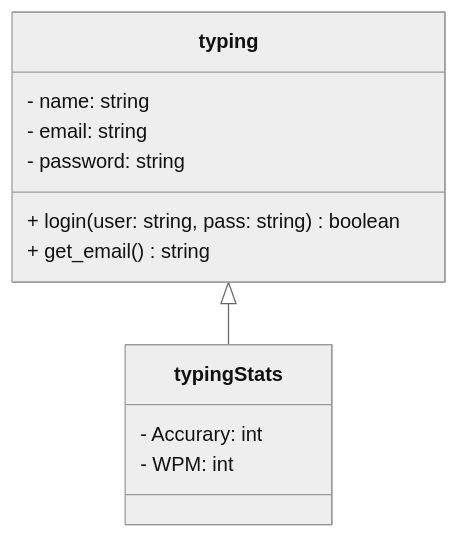
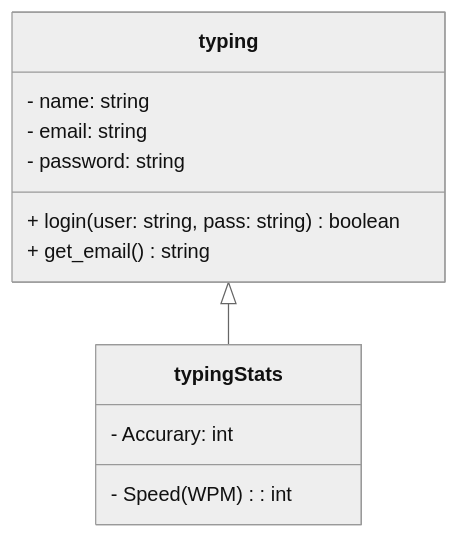
Before and after one commit to Davictory2003/tippitytappity-design: the diagram in README.md, drawn with Mermaid (neutral theme).

Commit message:
Update typingStats property name for clarity

````diff
--- a/README.md
+++ b/README.md
@@ -8,15 +8,15 @@
 ```mermaid
 classDiagram
   typing <|-- typingStats
   class typing{
         - name: string
         - email: string
         - password: string
         + login(user: string, pass: string) boolean
         + get_email() string
   }
   class typingStats{
         - Accurary: int
-        - WPM: int
+        - Speed (WPM): int
   }
 ```
````
